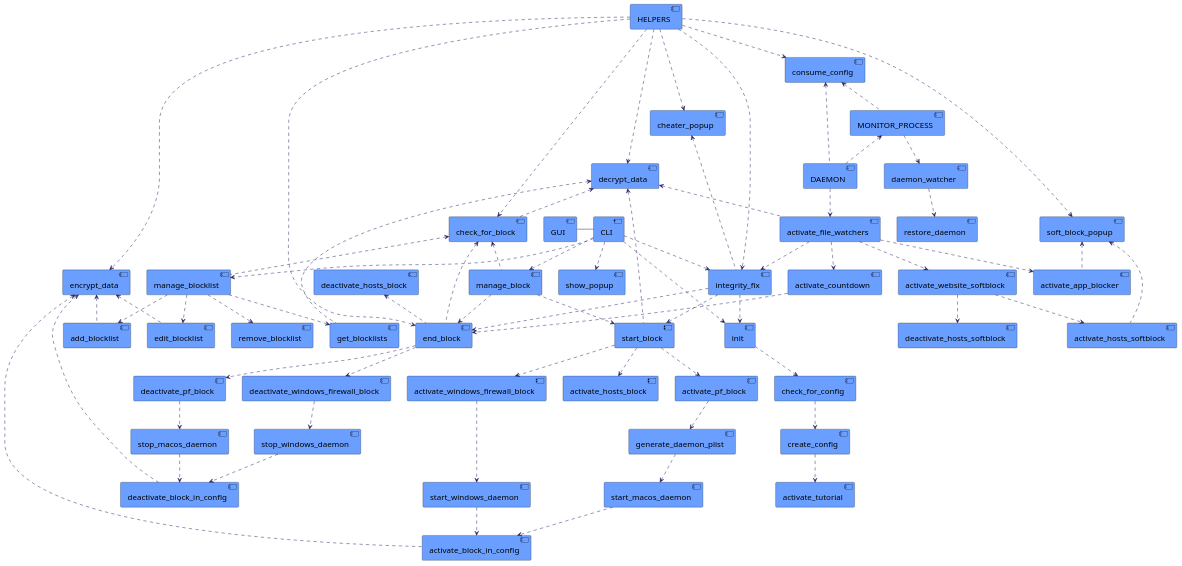
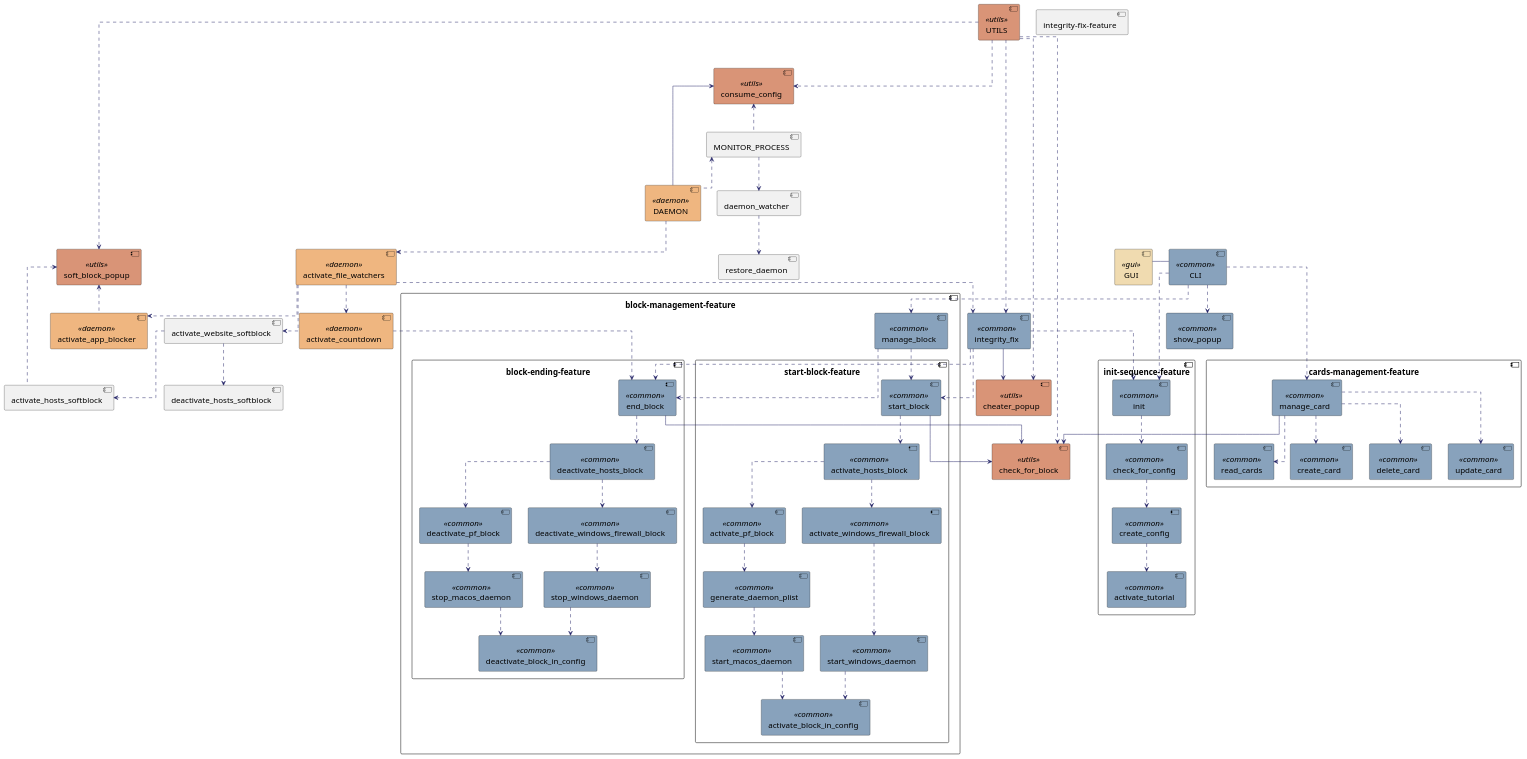
The diagram in codebase-map.puml (ThatNerdSquared/lento), drawn with PlantUML before and after one commit.

Commit message:
WIP: restructure codebase map

```diff
--- a/codebase-map.puml
+++ b/codebase-map.puml
@@ -1,116 +1,169 @@
 @startuml
 skinparam componentStyle uml2
+skinparam linetype ortho
+skinparam ArrowFontStyle normal
 
 skinparam component {
     FontColor          black
     AttributeFontColor black
     FontSize           17
     AttributeFontSize  15
     AttributeFontname  Droid Sans Mono
-    BackgroundColor    #6A9EFF
+    BackgroundColor<<gui>> #f0dbb0
+    BackgroundColor<<common>> #88a2bc
+    BackgroundColor<<utils>> #d99477
+    BackgroundColor<<daemon>> #efb680
     BorderColor        black
     ArrowColor         #222266
 }
 
-[GUI]
-[CLI]
-[DAEMON]
+
+[GUI] <<gui>>
+[CLI] <<common>>
+[DAEMON] <<daemon>>
 [MONITOR_PROCESS]
-[HELPERS]
+[UTILS] <<utils>>
 
 [GUI] - [CLI]
 
-[HELPERS] .down.> [encrypt_data]
-[HELPERS] .down.> [decrypt_data]
-[HELPERS] .down.> [check_for_block]
-[HELPERS] .down.> [cheater_popup]
-[HELPERS] .down.> [soft_block_popup]
-[HELPERS] .down.> [consume_config]
-[HELPERS] .down.> [end_block]
-[HELPERS] .down.> [integrity_fix]
-
-[check_for_block] .up.> [decrypt_data]
+[check_for_block] <<utils>>
+[cheater_popup] <<utils>>
+[soft_block_popup] <<utils>>
+[consume_config] <<utils>>
 
 
-[end_block] .up.> [check_for_block]
-[end_block] .up.> [deactivate_hosts_block]
-[end_block] .down.> [deactivate_pf_block]
-[end_block] .down.> [deactivate_windows_firewall_block]
-[deactivate_pf_block] .down.> [stop_macos_daemon]
-[deactivate_windows_firewall_block] .down.> [stop_windows_daemon]
-[stop_macos_daemon] .down.> [deactivate_block_in_config]
-[stop_windows_daemon] .down.> [deactivate_block_in_config]
-[deactivate_block_in_config] .up.> [encrypt_data]
+[UTILS] .down.> [check_for_block]
+[UTILS] .down.> [cheater_popup]
+[UTILS] .down.> [soft_block_popup]
+[UTILS] .down.> [consume_config]
+[UTILS] .down.> [integrity_fix]
 
 
+together {
+    [show_popup] <<common>>
+}
 
-[CLI] .down.> [init]
-[CLI] .down.> [manage_blocklist]
-[CLI] .down.> [manage_block]
-[CLI] .down.> [integrity_fix]
 [CLI] .down.> [show_popup]
 
-[init] .down.> [check_for_config]
-[check_for_config] .down.> [create_config]
-[create_config] .down.> [activate_tutorial]
+component init-sequence-feature {
+    [init] <<common>>
+    [check_for_config] <<common>>
+    [create_config] <<common>>
+    [activate_tutorial] <<common>>
+
+    [CLI] .down.> [init]
+
+    [init] .down.> [check_for_config]
+    [check_for_config] .down.> [create_config]
+    [create_config] .down.> [activate_tutorial]
+}
 
 
-[manage_blocklist] .up.> [check_for_block]
-[manage_blocklist] .down.> [get_blocklists]
-[manage_blocklist] .down.> [add_blocklist]
-[manage_blocklist] .down.> [remove_blocklist]
-[manage_blocklist] .down.> [edit_blocklist]
+component cards-management-feature {
+    [manage_card] <<common>>
+    [read_cards] <<common>>
+    [create_card] <<common>>
+    [delete_card] <<common>>
+    [update_card] <<common>>
 
-[get_blocklists] .up.> [decrypt_data]
-[add_blocklist] .up.> [encrypt_data]
-[edit_blocklist] .up.> [encrypt_data]
+    [CLI] .down.> [manage_card]
 
+    [manage_card] --> [check_for_block]
+    [manage_card] .down.> [create_card]
+    [manage_card] .down.> [read_cards]
+    [manage_card] .down.> [update_card]
+    [manage_card] .down.> [delete_card]
+}
 
-[manage_block] .up.> [check_for_block]
-[manage_block] .down.> [start_block]
-[manage_block] .down.> [end_block]
+component block-management-feature {
+    [manage_block] <<common>>
 
-[start_block] .up.> [decrypt_data]
-[start_block] .down.> [activate_hosts_block]
-[start_block] .down.> [activate_pf_block]
-[start_block] .down.> [activate_windows_firewall_block]
+    [CLI] .down.> [manage_block]
 
-[activate_pf_block] .down.> [generate_daemon_plist]
-[activate_windows_firewall_block] .down.> [start_windows_daemon]
+    component start-block-feature {
+        [start_block] <<common>>
+        [activate_hosts_block] <<common>>
+        [activate_pf_block] <<common>>
+        [activate_windows_firewall_block] <<common>>
+        [generate_daemon_plist] <<common>>
+        [start_macos_daemon] <<common>>
+        [start_windows_daemon] <<common>>
+        [activate_block_in_config] <<common>>
 
-[generate_daemon_plist] .down.> [start_macos_daemon]
-[start_macos_daemon] .down.> [activate_block_in_config]
-[start_windows_daemon] .down.> [activate_block_in_config]
+        [manage_block] .down.> [start_block]
 
-[activate_block_in_config] .up.> [encrypt_data]
+        [start_block] --> [check_for_block]
+        [start_block] .down.> [activate_hosts_block]
 
+        [activate_hosts_block] .down.> [activate_pf_block]
+        [activate_hosts_block] .down.> [activate_windows_firewall_block]
 
-[integrity_fix] .down.> [init]
-[integrity_fix] .up.> [cheater_popup]
-[integrity_fix] .down.> [end_block]
-[integrity_fix] .down.> [start_block]
+        [activate_pf_block] .down.> [generate_daemon_plist]
+        [activate_windows_firewall_block] .down.> [start_windows_daemon]
 
+        [generate_daemon_plist] .down.> [start_macos_daemon]
+        [start_macos_daemon] .down.> [activate_block_in_config]
+        [start_windows_daemon] .down.> [activate_block_in_config]
+    }
+
+    component block-ending-feature {
+        [end_block] <<common>>
+        [deactivate_hosts_block] <<common>>
+        [deactivate_pf_block] <<common>>
+        [deactivate_windows_firewall_block] <<common>>
+        [stop_macos_daemon] <<common>>
+        [stop_windows_daemon] <<common>>
+        [deactivate_block_in_config] <<common>>
+
+        [manage_block] .down.> [end_block]
+
+        [end_block] --> [check_for_block]
+        [end_block] .down.> [deactivate_hosts_block]
+
+        [deactivate_hosts_block] .down.> [deactivate_pf_block]
+        [deactivate_hosts_block] .down.> [deactivate_windows_firewall_block]
+
+        [deactivate_pf_block] .down.> [stop_macos_daemon]
+        [deactivate_windows_firewall_block] .down.> [stop_windows_daemon]
+
+        [stop_macos_daemon] .down.> [deactivate_block_in_config]
+        [stop_windows_daemon] .down.> [deactivate_block_in_config]
+    }
+}
+
+component integrity-fix-feature {
+    [integrity_fix] <<common>>
+
+    [integrity_fix] .down.> [init]
+    [integrity_fix] --> [cheater_popup]
+    [integrity_fix] .down.> [end_block]
+    [integrity_fix] .down.> [start_block]
+}
 
 
 [DAEMON] .up.> [MONITOR_PROCESS]
-[DAEMON] .up.> [consume_config]
+[DAEMON] --> [consume_config]
+
+[activate_file_watchers] <<daemon>>
+[activate_countdown] <<daemon>>
+[activate_app_blocker] <<daemon>>
+
 [DAEMON] .down.> [activate_file_watchers]
 [activate_file_watchers] .down.> [integrity_fix]
-[activate_file_watchers] .up.> [decrypt_data]
 
 [activate_file_watchers] .down.> [activate_countdown]
 [activate_countdown] .down.> [end_block]
 
 [activate_file_watchers] .down.> [activate_app_blocker]
 [activate_app_blocker] .up.> [soft_block_popup]
 
 [activate_file_watchers] .down.> [activate_website_softblock]
 [activate_website_softblock] .down.> [activate_hosts_softblock]
 [activate_hosts_softblock] .up.> [soft_block_popup]
 [activate_website_softblock] .down.> [deactivate_hosts_softblock]
 
 [MONITOR_PROCESS] .up.> [consume_config]
 [MONITOR_PROCESS] .down.> [daemon_watcher]
 [daemon_watcher] .down.> [restore_daemon]
 
 @enduml
```
